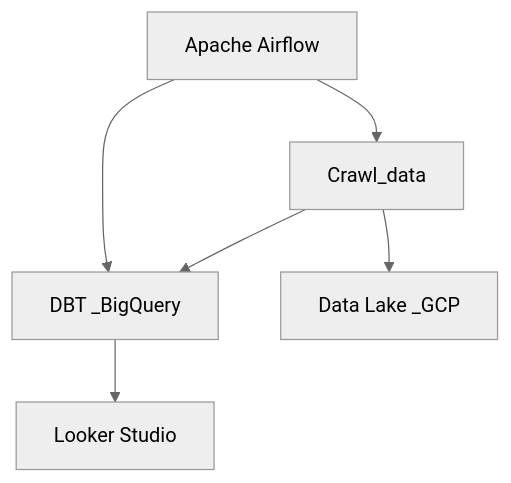
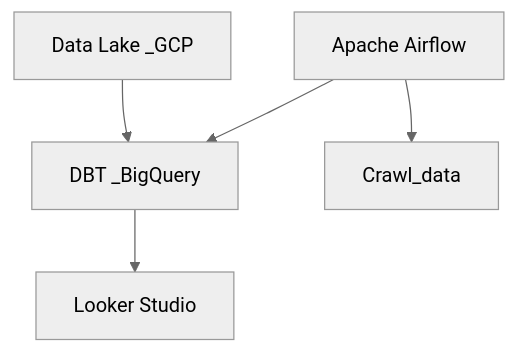
Before and after one commit to pKietDE/bds-dbt-bq-looker: the diagram in README.md, drawn with Mermaid (neutral theme).

````diff
--- a/README.md
+++ b/README.md
@@ -73,8 +73,8 @@
 ```mermaid
 graph TD
     A[Apache Airflow] --> C[DBT _BigQuery]
     A --> E[Crawl_data]
+    B[Data Lake _GCP] --> C
     C --> D[Looker Studio]
-    E --> B[Data Lake _GCP]
-    E --> C
+
 ```
````
